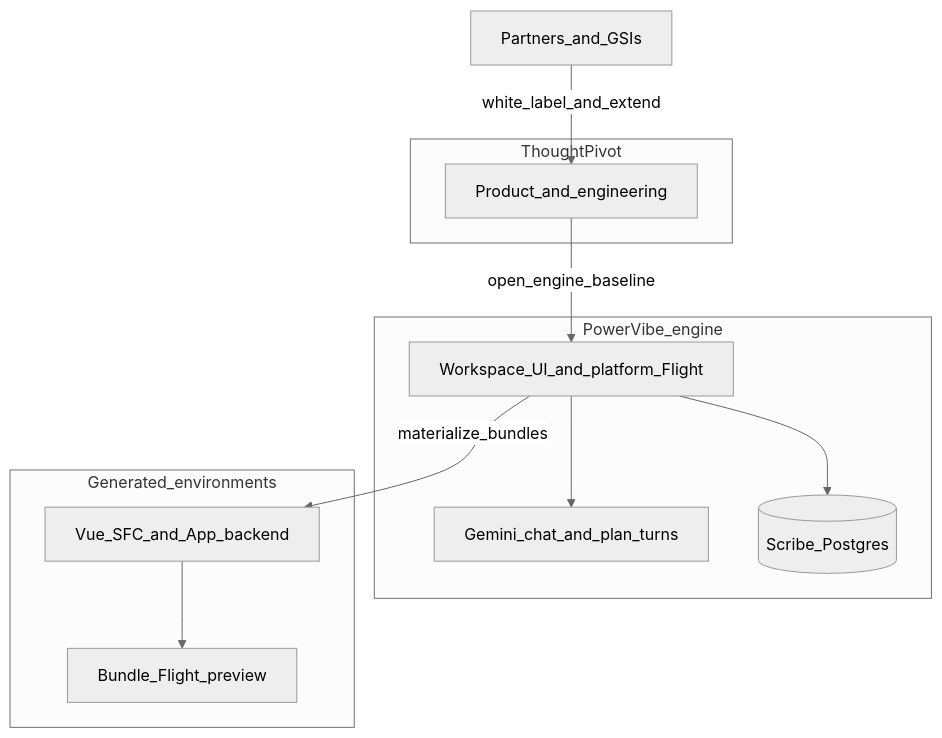
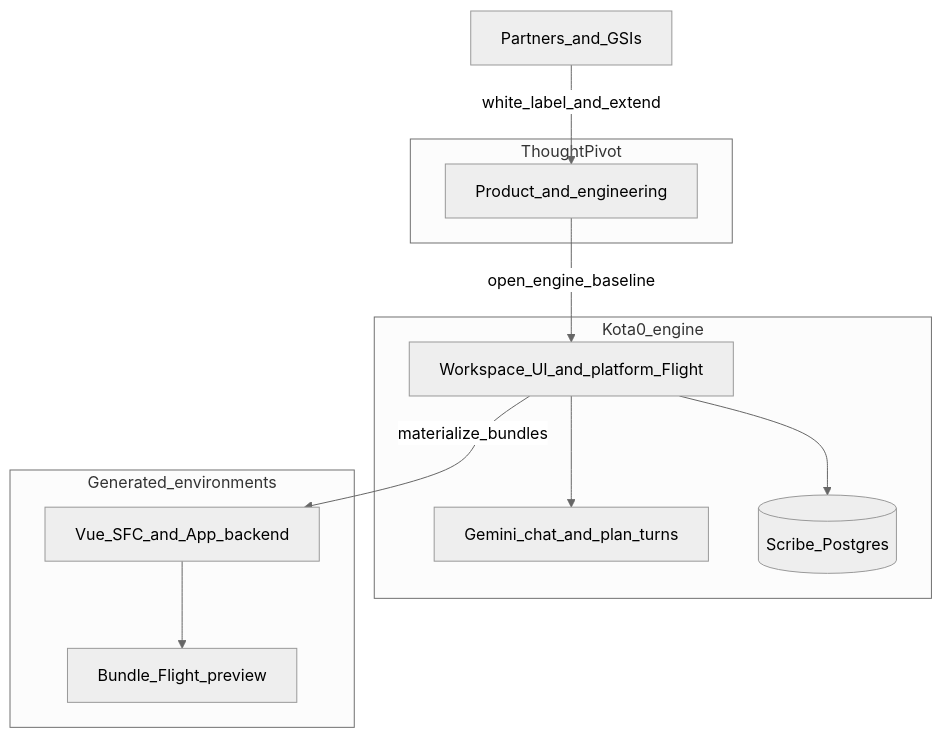
One commit to thoughtpivot/kota0 changed the first of 4 diagrams in README.md. Above: the diagram before and after it, drawn with Mermaid (neutral theme). The commit also changed other lines of this file and 255 other files, not shown here.

First line of the commit message:
refactor(kota0): rename PowerVibe references to Kota0 and update environment configurations

````diff
--- a/README.md
+++ b/README.md
@@ -171,22 +171,22 @@
 ```mermaid
 flowchart TB
   subgraph tpLayer [ThoughtPivot]
     TPBrand[Product_and_engineering]
   end
-  subgraph pvEngine [PowerVibe_engine]
+  subgraph pvEngine [Kota0_engine]
     Shell[Workspace_UI_and_platform_Flight]
     APIs[Gemini_chat_and_plan_turns]
     ScribeDb[(Scribe_Postgres)]
   end
   subgraph vibeApps [Generated_environments]
     Mat[Vue_SFC_and_App_backend]
     Run[Bundle_Flight_preview]
   end
   Partner[Partners_and_GSIs]
   Partner -->|white_label_and_extend| TPBrand
   TPBrand -->|open_engine_baseline| Shell
   Shell --> ScribeDb
   Shell --> APIs
   Shell -->|materialize_bundles| Mat
   Mat --> Run
 ```
````
